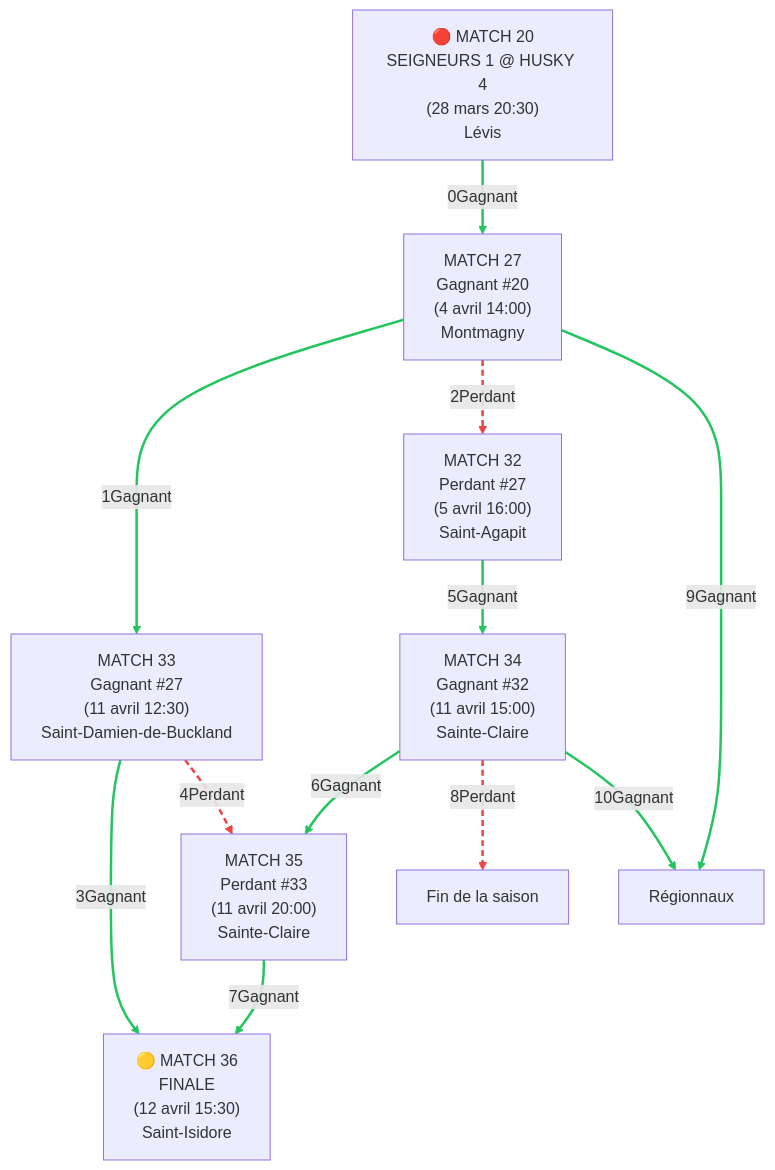
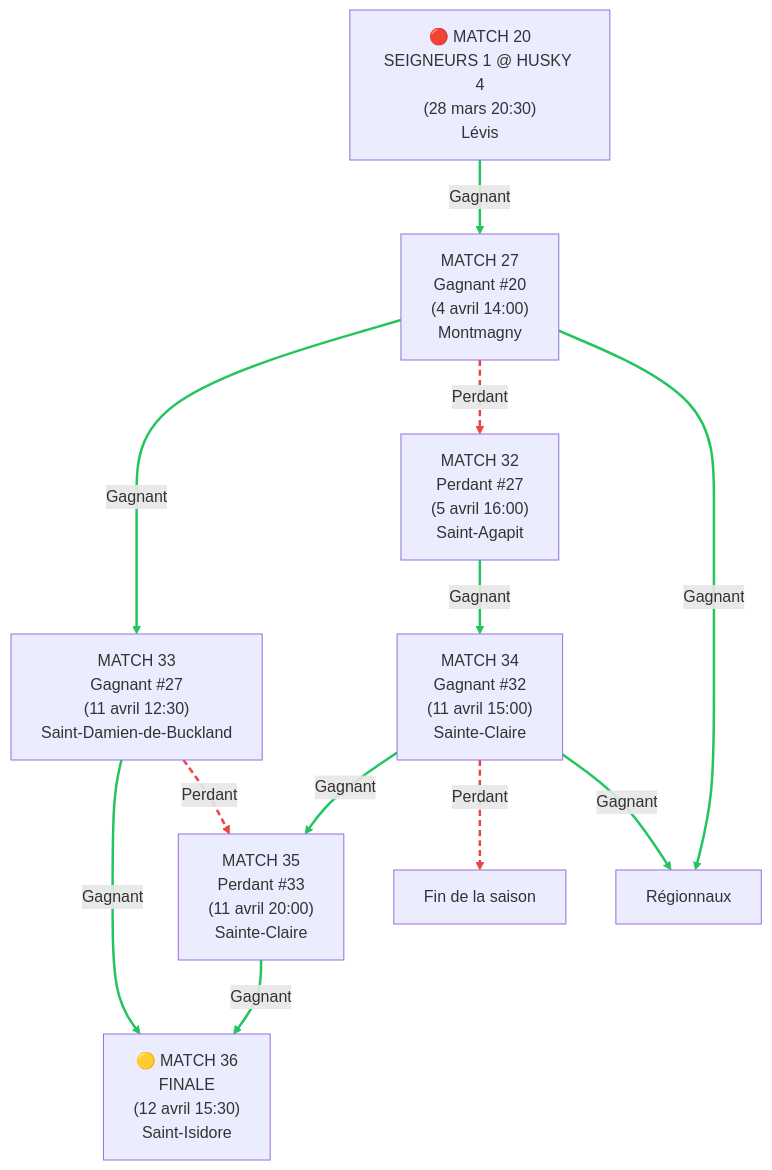
One commit to voltogyre/horaire-serie-2026 changed the first of 2 diagrams in README.md. Above: the diagram before and after it, drawn with Mermaid.

Commit message:
that's the one

````diff
--- a/README.md
+++ b/README.md
@@ -14,21 +14,21 @@
 ```mermaid
 graph TD
     A["🔴 MATCH 20<br/>SEIGNEURS 1 @ HUSKY 4<br/>(28 mars 20:30)<br/>Lévis"] 
     
-    A -->|0Gagnant| B["MATCH 27<br/>Gagnant #20<br/>(4 avril 14:00)<br/>Montmagny"]
-    B -->|1Gagnant| D["MATCH 33<br/>Gagnant #27<br/>(11 avril 12:30)<br/>Saint-Damien-de-Buckland"]
-    B -->|2Perdant| E["MATCH 32<br/>Perdant #27<br/>(5 avril 16:00)<br/>Saint-Agapit"]
-    D -->|3Gagnant| I["🟡 MATCH 36<br/>FINALE<br/>(12 avril 15:30)<br/>Saint-Isidore"]
-    D -->|4Perdant| J["MATCH 35<br/>Perdant #33<br/>(11 avril 20:00)<br/>Sainte-Claire"]
-    E -->|5Gagnant| H["MATCH 34<br/>Gagnant #32<br/>(11 avril 15:00)<br/>Sainte-Claire"]
-    H -->|6Gagnant| J
-    J -->|7Gagnant| I
-    H -->|8Perdant| K["Fin de la saison"]
-    B -->|9Gagnant| L["Régionnaux"]
-    H -->|10Gagnant| L["Régionnaux"]
+    A -->|Gagnant| B["MATCH 27<br/>Gagnant #20<br/>(4 avril 14:00)<br/>Montmagny"]
+    B -->|Gagnant| D["MATCH 33<br/>Gagnant #27<br/>(11 avril 12:30)<br/>Saint-Damien-de-Buckland"]
+    B -->|Perdant| E["MATCH 32<br/>Perdant #27<br/>(5 avril 16:00)<br/>Saint-Agapit"]
+    D -->|Gagnant| I["🟡 MATCH 36<br/>FINALE<br/>(12 avril 15:30)<br/>Saint-Isidore"]
+    D -->|Perdant| J["MATCH 35<br/>Perdant #33<br/>(11 avril 20:00)<br/>Sainte-Claire"]
+    E -->|Gagnant| H["MATCH 34<br/>Gagnant #32<br/>(11 avril 15:00)<br/>Sainte-Claire"]
+    H -->|Gagnant| J
+    J -->|Gagnant| I
+    H -->|Perdant| K["Fin de la saison"]
+    B -->|Gagnant| L["Régionnaux"]
+    H -->|Gagnant| L["Régionnaux"]
 
     linkStyle 0,1,3,5,6,7,9,10 stroke:#22c55e,stroke-width:2.5px
     linkStyle 2,4,8 stroke:#ef4444,stroke-width:2.5px,stroke-dasharray:6 4
     
 
 ```
````
